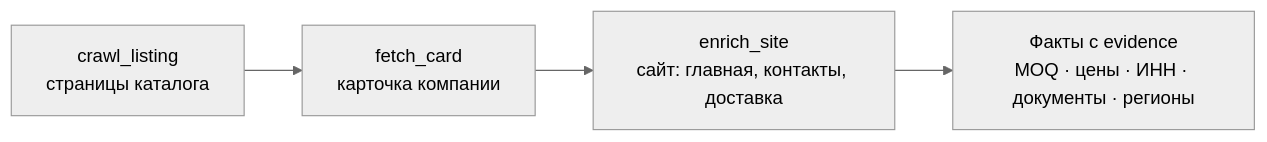
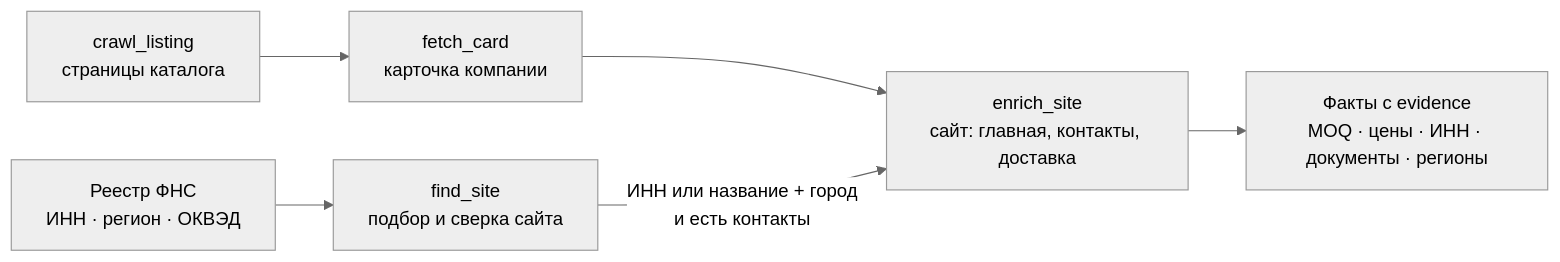
The third of 3 diagrams in README.md (nxexox/goulash-example), drawn with Mermaid (neutral theme) before and after one commit. The commit also changed other lines of this file and 2 other files, not shown here.

````diff
--- a/README.md
+++ b/README.md
@@ -81,6 +88,8 @@
 ```mermaid
 flowchart LR
   L[crawl_listing<br/>страницы каталога] --> K[fetch_card<br/>карточка компании]
   K --> E[enrich_site<br/>сайт: главная, контакты, доставка]
+  RG[Реестр ФНС<br/>ИНН · регион · ОКВЭД] --> FS[find_site<br/>подбор и сверка сайта]
+  FS -->|ИНН или название + город<br/>и есть контакты| E
   E --> X[Факты с evidence<br/>MOQ · цены · ИНН · документы · регионы]
 ```
````
